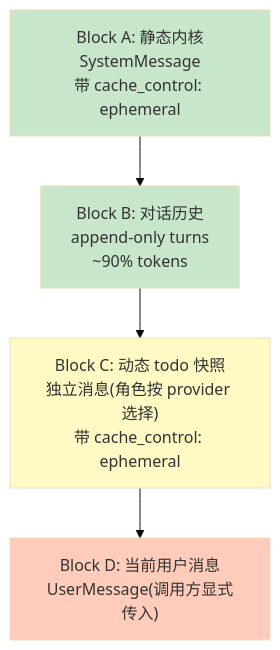
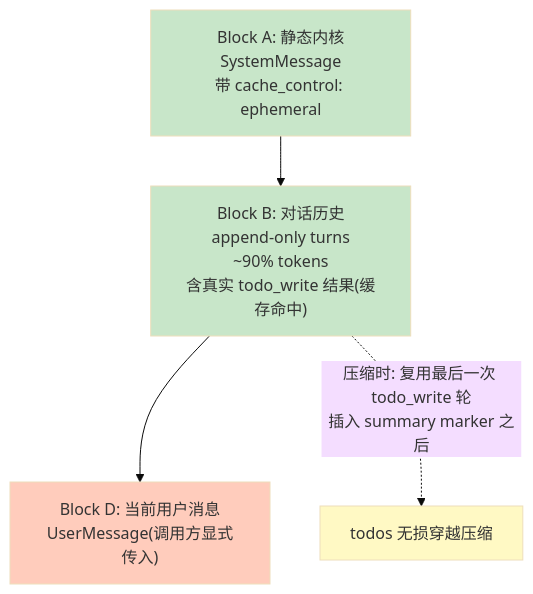
Before and after one commit to tranxon/ACowork: the first of 2 diagrams in docs/adr/zh/ADR-060-prompt-cache-friendly-context-block-reorg.md, drawn with Mermaid (base theme). The commit also changed other lines of this file and 12 other files, not shown here.

````diff
--- a/docs/adr/zh/ADR-060-prompt-cache-friendly-context-block-reorg.md
+++ b/docs/adr/zh/ADR-060-prompt-cache-friendly-context-block-reorg.md
@@ -216,11 +224,11 @@
 ```mermaid
 graph TD
-    A["Block A: 静态内核<br/>SystemMessage<br/>带 cache_control: ephemeral"] --> B["Block B: 对话历史<br/>append-only turns<br/>~90% tokens"]
-    B --> C["Block C: 动态 todo 快照<br/>独立消息(角色按 provider 选择)<br/>带 cache_control: ephemeral"]
-    C --> D["Block D: 当前用户消息<br/>UserMessage(调用方显式传入)"]
+    A["Block A: 静态内核<br/>SystemMessage<br/>带 cache_control: ephemeral"] --> B["Block B: 对话历史<br/>append-only turns<br/>~90% tokens<br/>含真实 todo_write 结果(缓存命中)"]
+    B --> D["Block D: 当前用户消息<br/>UserMessage(调用方显式传入)"]
+    B -. "压缩时: 复用最后一次 todo_write 轮<br/>插入 summary marker 之后" .-> T["todos 无损穿越压缩"]
 
     style A fill:#c8e6c9
     style B fill:#c8e6c9
-    style C fill:#fff9c4
     style D fill:#ffccbc
+    style T fill:#fff9c4
 ```
````
